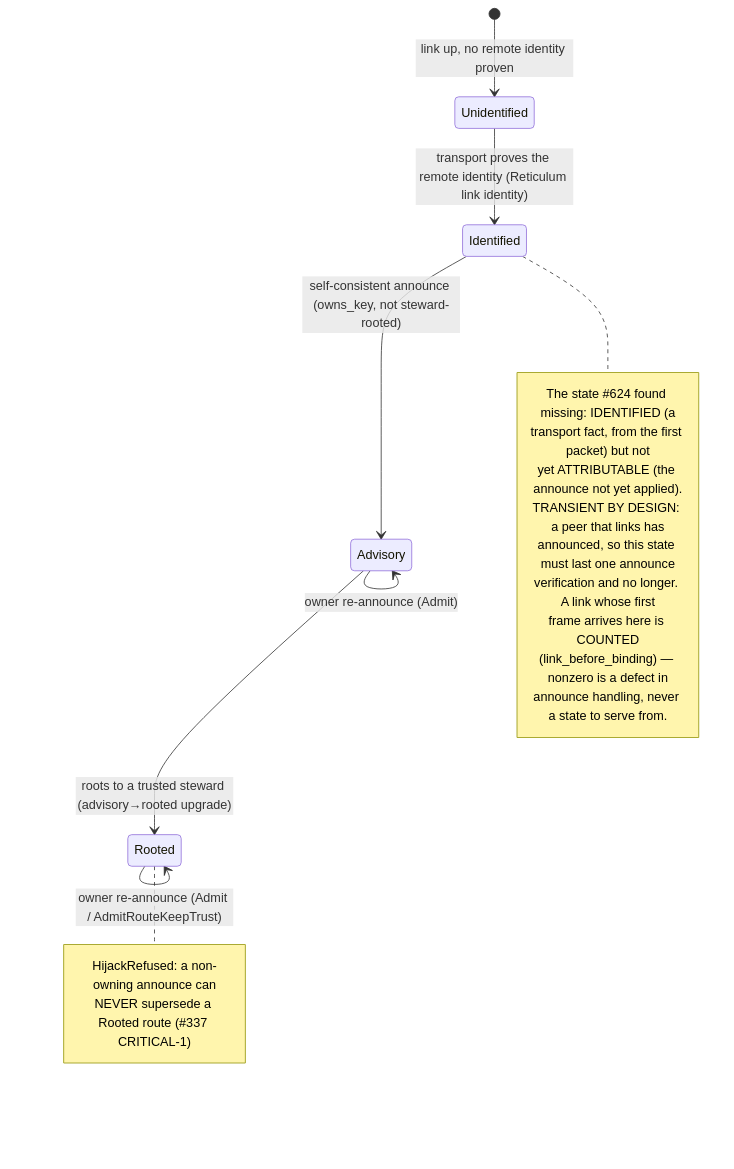
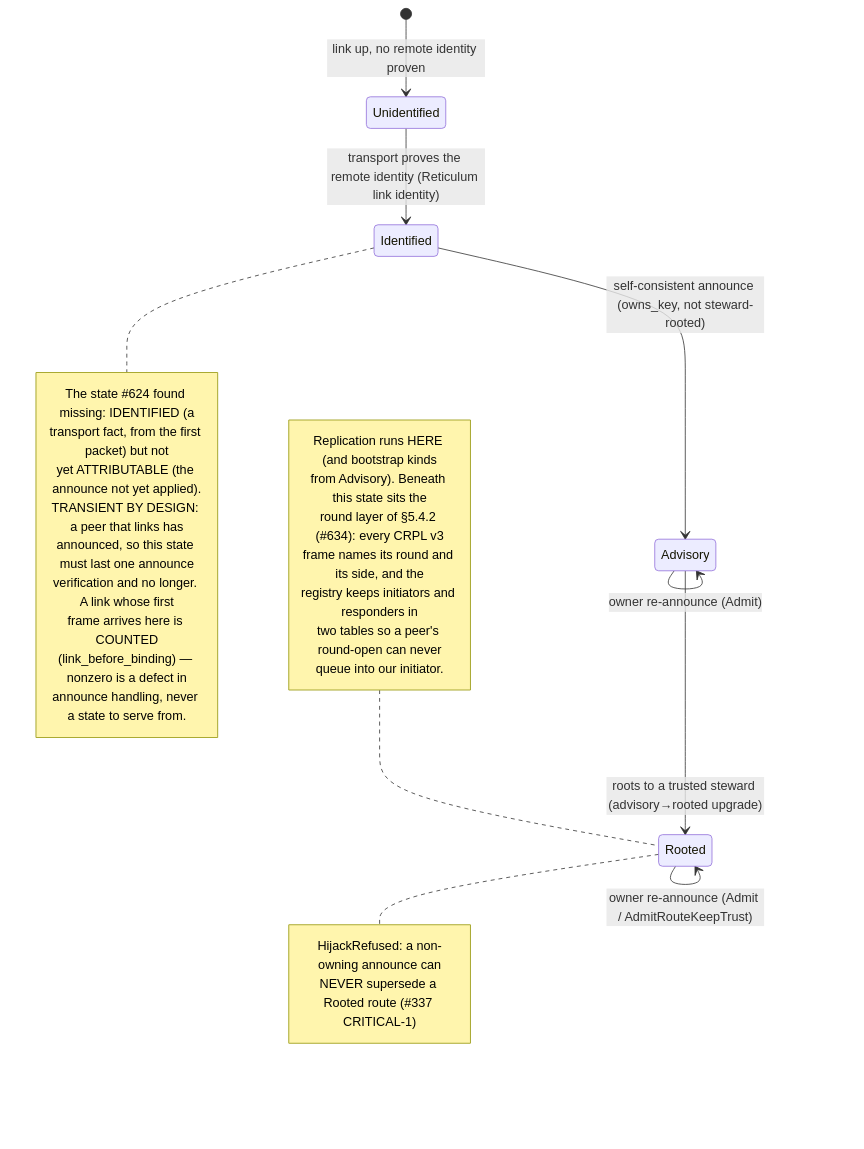
One commit to CIRISAI/CIRISEdge changed the third of 3 diagrams in FSD/CIRIS_EDGE_TRANSPORT.md. Above: the diagram before and after it, drawn with Mermaid. The commit also changed other lines of this file and 17 other files, not shown here.

````diff
--- a/FSD/CIRIS_EDGE_TRANSPORT.md
+++ b/FSD/CIRIS_EDGE_TRANSPORT.md
@@ -380,24 +380,33 @@
 ```mermaid
 stateDiagram-v2
     [*] --> Unidentified: link up, no remote identity proven
     Unidentified --> Identified: transport proves the remote identity (Reticulum link identity)
     Identified --> Advisory: self-consistent announce (owns_key, not steward-rooted)
     Advisory --> Rooted: roots to a trusted steward (advisory→rooted upgrade)
     Rooted --> Rooted: owner re-announce (Admit / AdmitRouteKeepTrust)
     Advisory --> Advisory: owner re-announce (Admit)
     note right of Identified
         The state #624 found missing: IDENTIFIED (a
         transport fact, from the first packet) but not
         yet ATTRIBUTABLE (the announce not yet applied).
         TRANSIENT BY DESIGN: a peer that links has
         announced, so this state must last one announce
         verification and no longer. A link whose first
         frame arrives here is COUNTED
         (link_before_binding) — nonzero is a defect in
         announce handling, never a state to serve from.
     end note
     note right of Rooted
         HijackRefused: a non-owning announce can
         NEVER supersede a Rooted route (#337 CRITICAL-1)
     end note
+    note left of Rooted
+        Replication runs HERE (and bootstrap kinds
+        from Advisory). Beneath this state sits the
+        round layer of §5.4.2 (#634): every CRPL v3
+        frame names its round and its side, and the
+        registry keeps initiators and responders in
+        two tables so a peer's round-open can never
+        queue into our initiator.
+    end note
 ```
````
